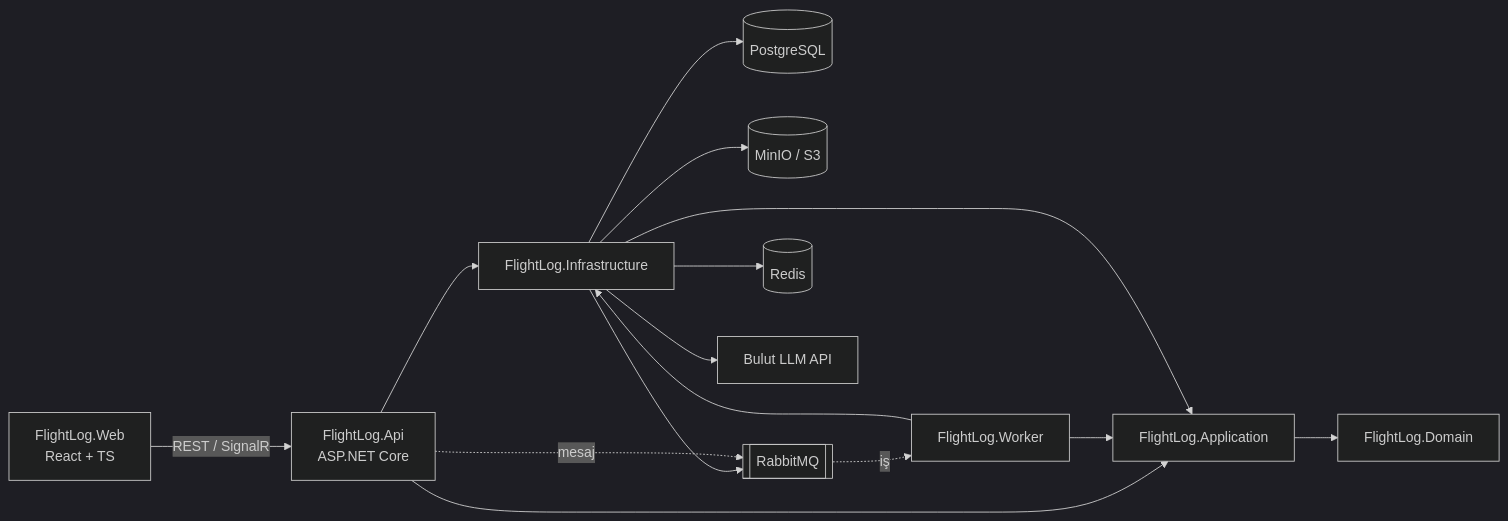
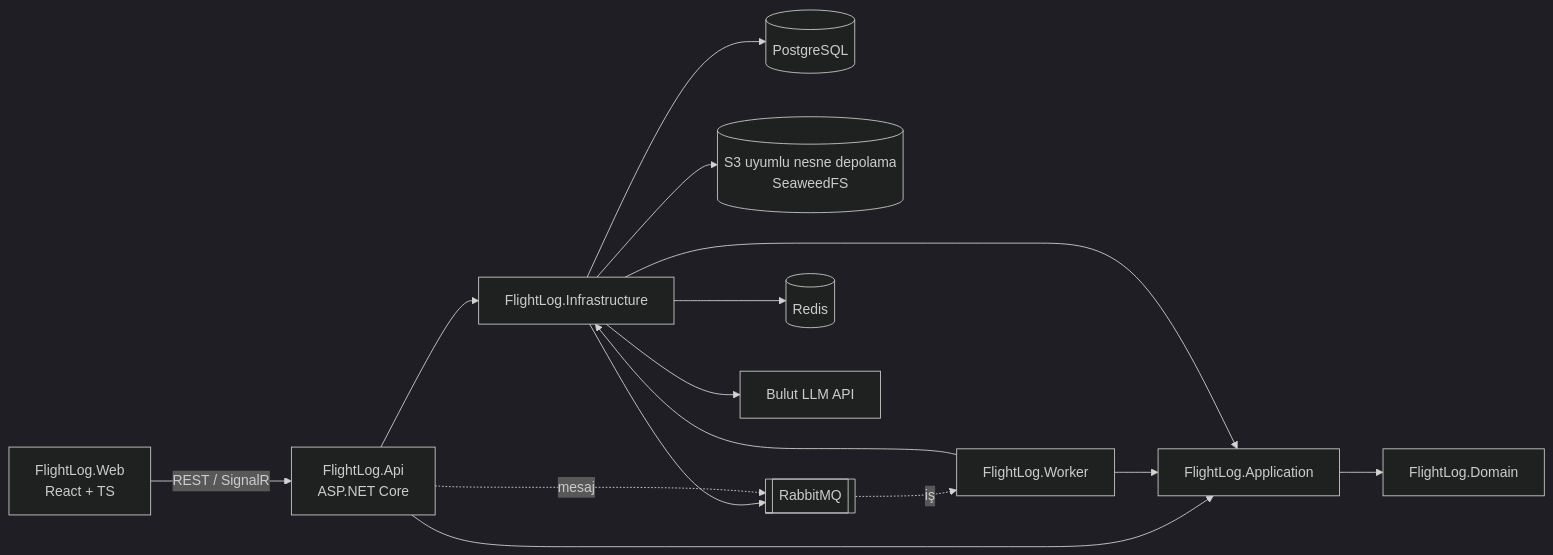
One commit to mustafaklee/flight-log-analyzer changed the first of 3 diagrams in docs/architecture.md. Above: the diagram before and after it, drawn with Mermaid (dark theme). The commit also changed other lines of this file and 73 other files, not shown here.

````diff
--- a/docs/architecture.md
+++ b/docs/architecture.md
@@ -15,16 +15,16 @@
 ```mermaid
 flowchart LR
     Web[FlightLog.Web<br/>React + TS] -->|REST / SignalR| Api[FlightLog.Api<br/>ASP.NET Core]
     Api --> App[FlightLog.Application]
     Worker[FlightLog.Worker] --> App
     App --> Domain[FlightLog.Domain]
     Infra[FlightLog.Infrastructure] --> App
     Api --> Infra
     Worker --> Infra
     Infra --> PG[(PostgreSQL)]
-    Infra --> S3[(MinIO / S3)]
+    Infra --> S3[(S3 uyumlu nesne depolama<br/>SeaweedFS)]
     Infra --> MQ[[RabbitMQ]]
     Infra --> Redis[(Redis)]
     Infra --> LLM[Bulut LLM API]
     Api -. mesaj .-> MQ -. iş .-> Worker
 ```
````
